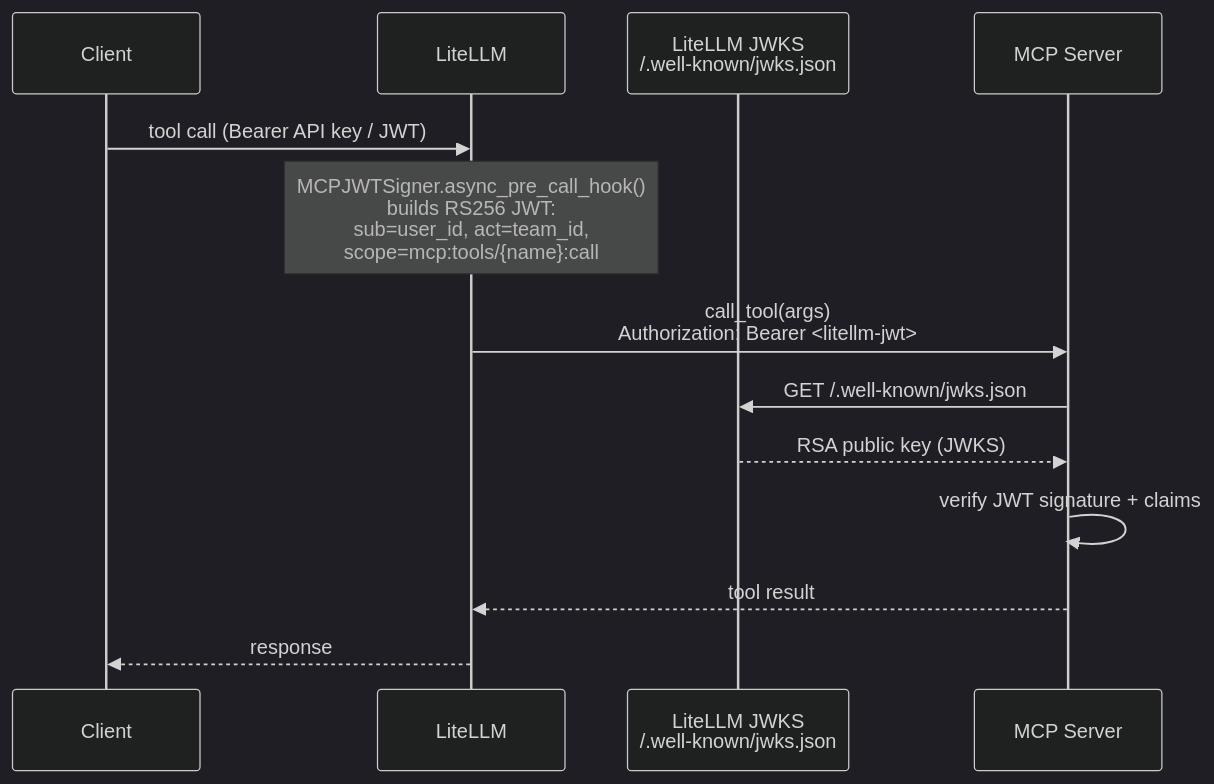
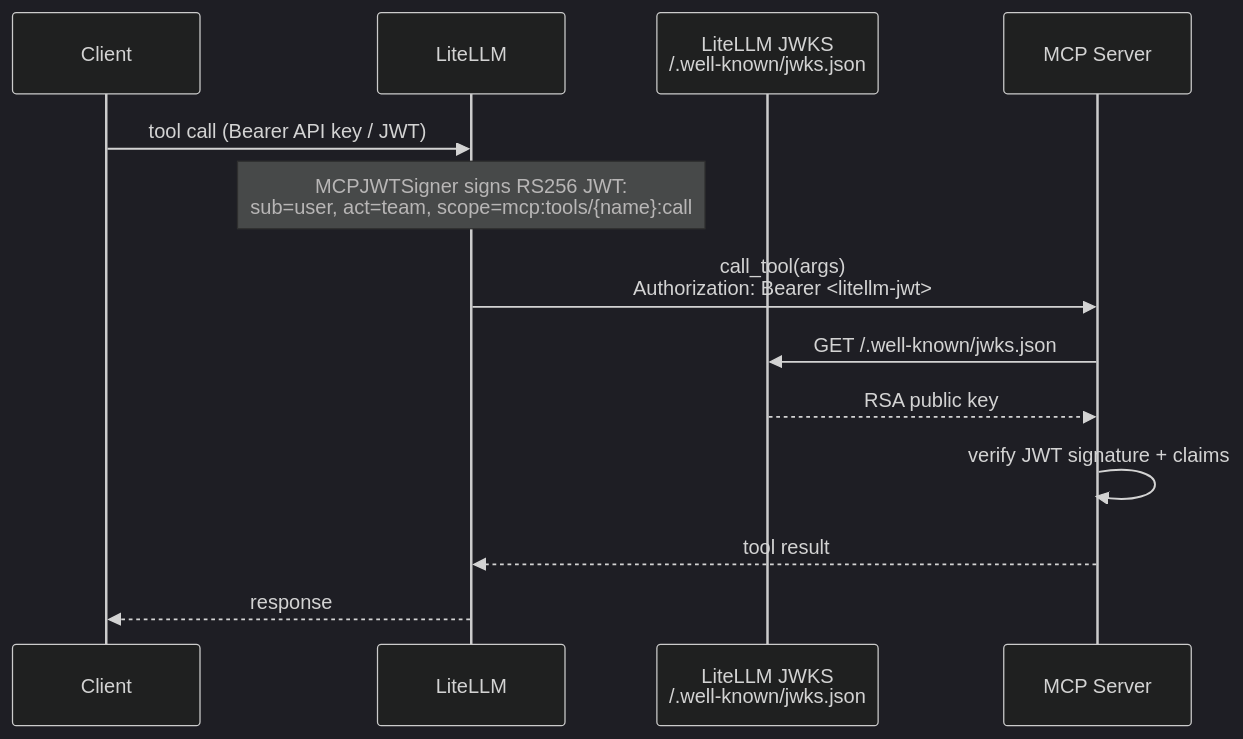
Before and after one commit to BerriAI/litellm: the diagram in docs/my-website/docs/mcp_zero_trust.md, drawn with Mermaid (dark theme). The commit also changed other lines of this file, not shown here.

First line of the commit message:
docs(mcp_zero_trust): rewrite as use-case guide covering all new JWT signer features

````diff
--- a/docs/my-website/docs/mcp_zero_trust.md
+++ b/docs/my-website/docs/mcp_zero_trust.md
@@ -10,17 +8,17 @@
 ```mermaid
 sequenceDiagram
     participant Client
     participant LiteLLM
     participant JWKS as LiteLLM JWKS<br/>/.well-known/jwks.json
     participant MCP as MCP Server
 
     Client->>LiteLLM: tool call (Bearer API key / JWT)
-    Note over LiteLLM: MCPJWTSigner.async_pre_call_hook()<br/>builds RS256 JWT:<br/>sub=user_id, act=team_id,<br/>scope=mcp:tools/{name}:call
+    Note over LiteLLM: MCPJWTSigner signs RS256 JWT:<br/>sub=user, act=team, scope=mcp:tools/{name}:call
 
     LiteLLM->>MCP: call_tool(args)<br/>Authorization: Bearer <litellm-jwt>
     MCP->>JWKS: GET /.well-known/jwks.json
-    JWKS-->>MCP: RSA public key (JWKS)
+    JWKS-->>MCP: RSA public key
     MCP->>MCP: verify JWT signature + claims
     MCP-->>LiteLLM: tool result
     LiteLLM-->>Client: response
 ```
````
